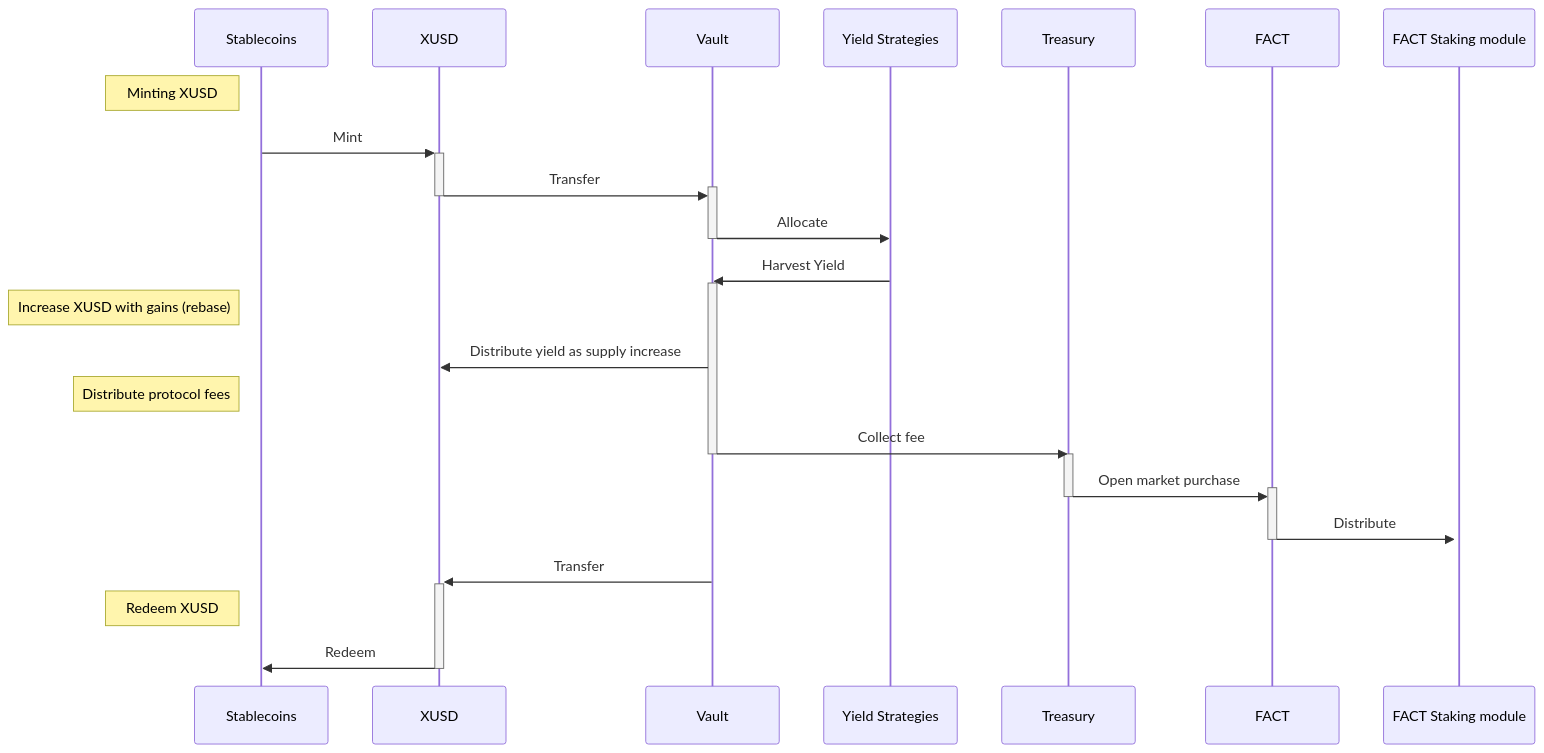
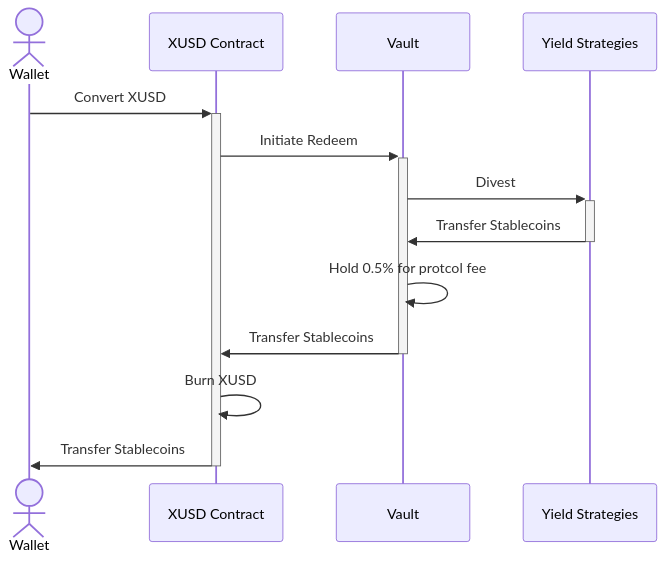
One commit to factor-finance/xusd-docs changed the third of 4 diagrams in docs/tokenomics.md. Above: the diagram before and after it, drawn with Mermaid. The commit also changed other lines of this file and 1 other file, not shown here.

Commit message:
split sequence diagrams and elaborate

````diff
--- a/docs/tokenomics.md
+++ b/docs/tokenomics.md
@@ -6,32 +53,17 @@
 ```mermaid
     %%{init: { 'theme': dark' } }%%
 sequenceDiagram
-    participant Stablecoins
-    participant XUSD
+    actor Wallet
+    participant XUSD Contract
     participant Vault
-    participant Yield Strategies
-    participant Treasury
-    participant FACT
-    participant FACT Staking module
 
-    note left of Stablecoins: Minting XUSD
-    Stablecoins->>+XUSD: Mint
-    XUSD->>+Vault: Transfer
-    deactivate XUSD
-    Vault->>-Yield Strategies: Allocate
-    Yield Strategies->>Vault: Harvest Yield
-    activate Vault
-    note left of Stablecoins: Increase XUSD with gains (rebase)
-    Vault->>XUSD: Distribute yield as supply increase
-    note left of Stablecoins: Distribute protocol fees
-    Vault->>Treasury: Collect fee
+    Wallet->>+XUSD Contract: Convert XUSD
+    XUSD Contract->>+Vault: Initiate Redeem
+    Vault->>+Yield Strategies: Divest
+    Yield Strategies->>-Vault: Transfer Stablecoins
+    Vault->>Vault: Hold 0.5% for protcol fee
+    Vault->>XUSD Contract: Transfer Stablecoins
     deactivate Vault
-    activate Treasury
-    Treasury->>+FACT: Open market purchase
-    deactivate Treasury
-    FACT->>+FACT Staking module: Distribute
-    deactivate FACT
-    Vault->>+XUSD: Transfer
-    note left of Stablecoins: Redeem XUSD
-    XUSD->>-Stablecoins: Redeem
+    XUSD Contract->>XUSD Contract: Burn XUSD
+    XUSD Contract->>-Wallet: Transfer Stablecoins
 ```
````
